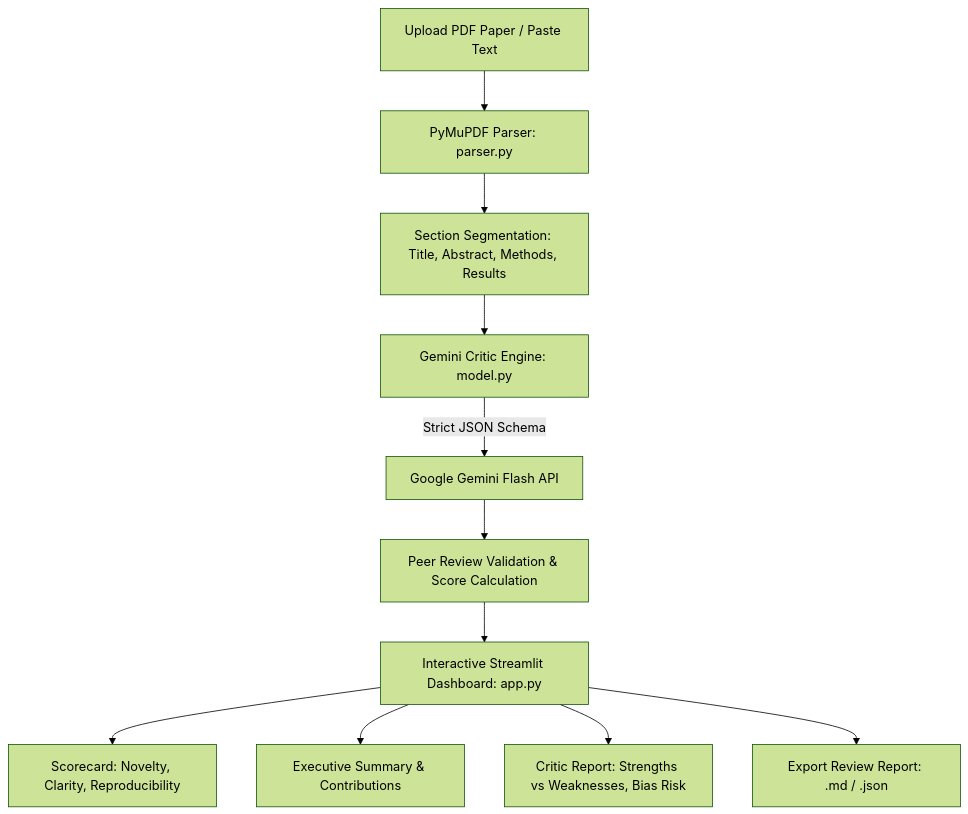
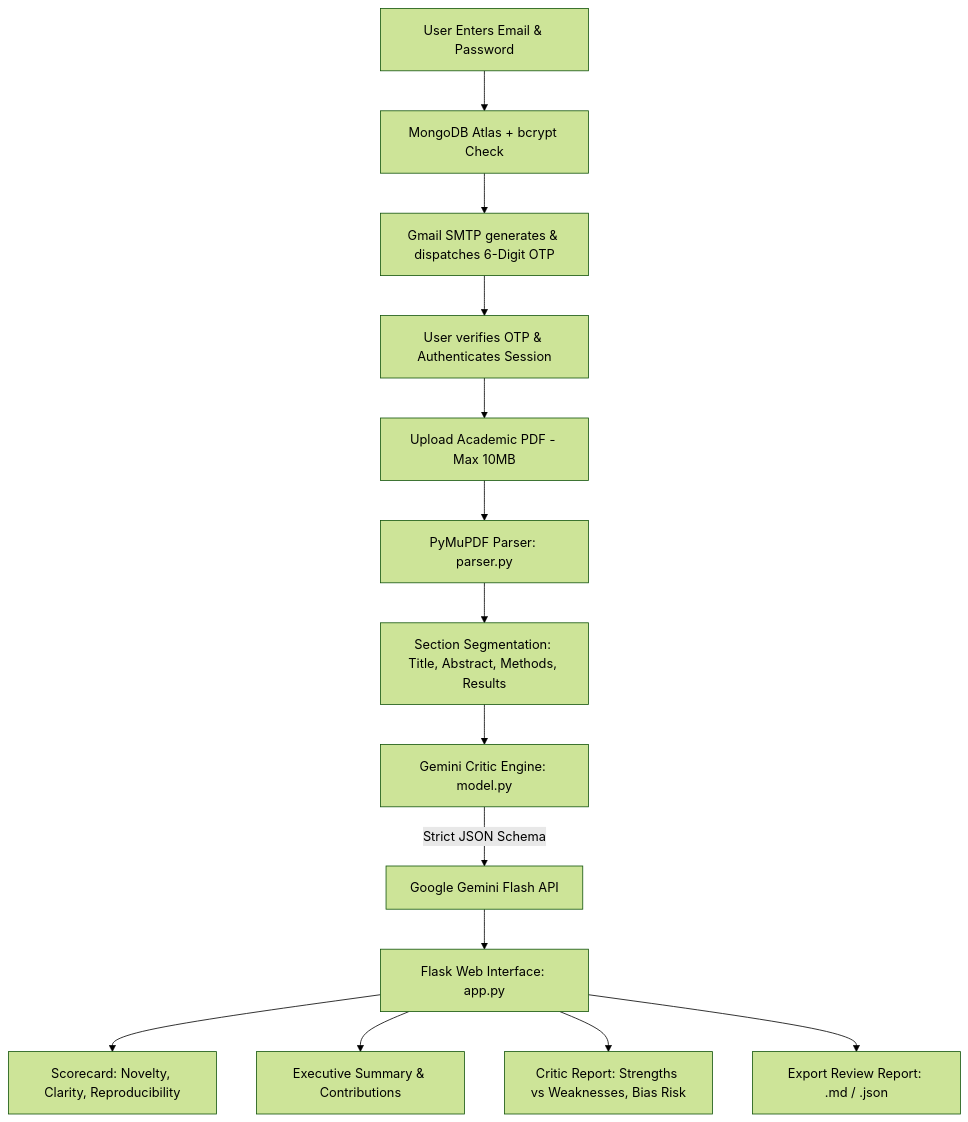
One commit to Nababrato2003/Scholar_Summarizer changed the diagram in README.md. Above: the diagram before and after it, drawn with Mermaid (forest theme). The commit also changed other lines of this file and 7 other files, not shown here.

Commit message:
feat: Add MongoDB Atlas auth, Gmail SMTP OTP verification, and updated glassmorphic UI

````diff
--- a/README.md
+++ b/README.md
@@ -27,13 +30,16 @@
 ```mermaid
 flowchart TD
-    A[Upload PDF Paper / Paste Text] --> B[PyMuPDF Parser: parser.py]
-    B --> C[Section Segmentation: Title, Abstract, Methods, Results]
-    C --> D[Gemini Critic Engine: model.py]
-    D -->|Strict JSON Schema| E[Google Gemini Flash API]
-    E --> F[Peer Review Validation & Score Calculation]
-    F --> G[Interactive Streamlit Dashboard: app.py]
-    G --> H[Scorecard: Novelty, Clarity, Reproducibility]
-    G --> I[Executive Summary & Contributions]
-    G --> J[Critic Report: Strengths vs Weaknesses, Bias Risk]
-    G --> K[Export Review Report: .md / .json]
+    A[User Enters Email & Password] --> B[MongoDB Atlas + bcrypt Check]
+    B --> C[Gmail SMTP generates & dispatches 6-Digit OTP]
+    C --> D[User verifies OTP & Authenticates Session]
+    D --> E[Upload Academic PDF - Max 10MB]
+    E --> F[PyMuPDF Parser: parser.py]
+    F --> G[Section Segmentation: Title, Abstract, Methods, Results]
+    G --> H[Gemini Critic Engine: model.py]
+    H -->|Strict JSON Schema| I[Google Gemini Flash API]
+    I --> J[Flask Web Interface: app.py]
+    J --> K[Scorecard: Novelty, Clarity, Reproducibility]
+    J --> L[Executive Summary & Contributions]
+    J --> M[Critic Report: Strengths vs Weaknesses, Bias Risk]
+    J --> N[Export Review Report: .md / .json]
 ```
````
